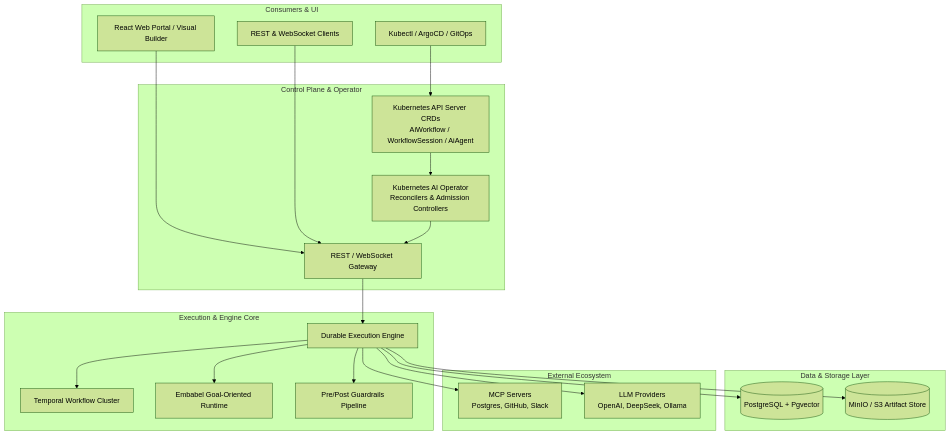
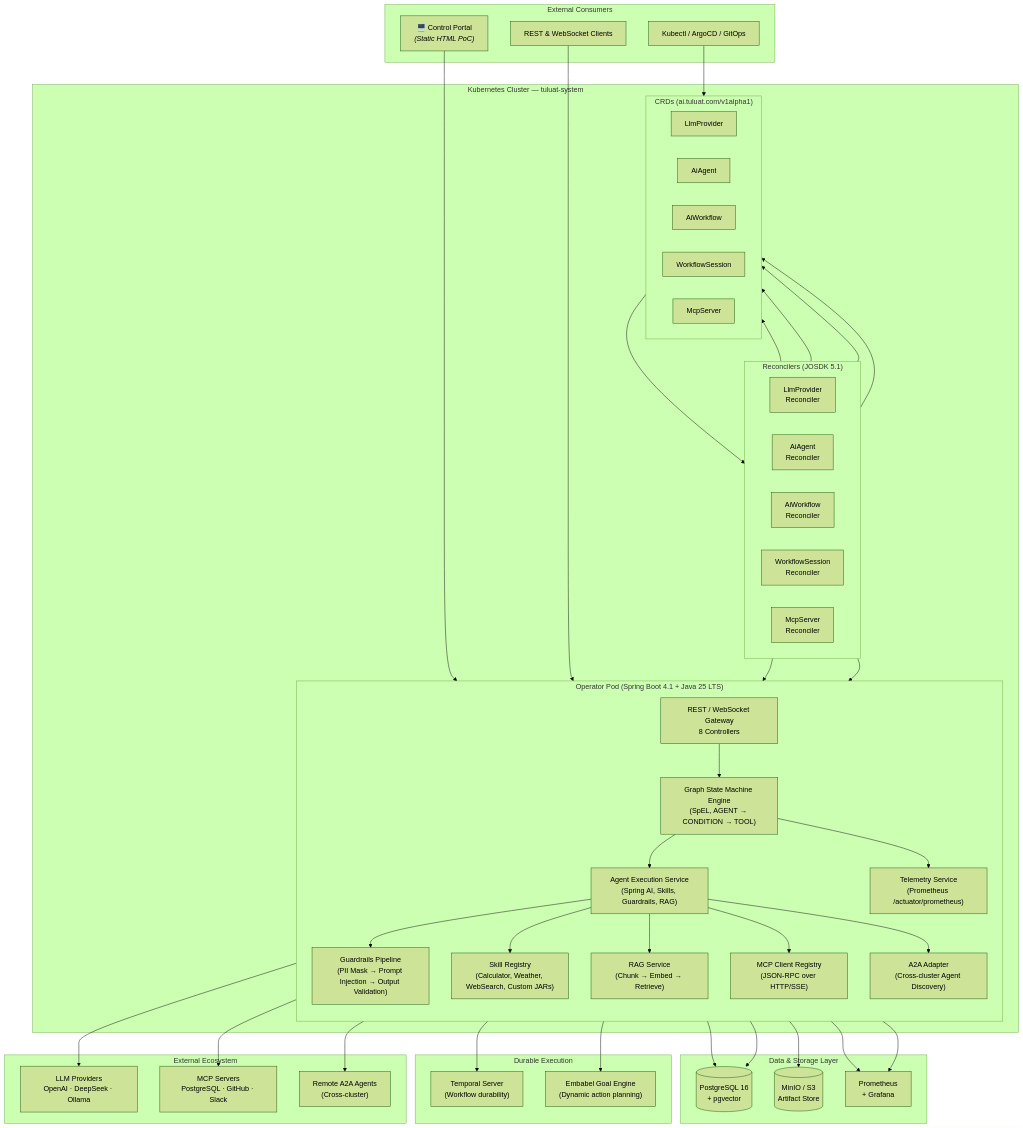
Before and after one commit to netologist/tuluat: the first of 2 diagrams in docs/architecture/high-level-architecture.md, drawn with Mermaid (forest theme). The commit also changed other lines of this file and 33 other files, not shown here.

First line of the commit message:
feat: complete unit tests, RAG integration, Helm chart, and CI deployment

````diff
--- a/docs/architecture/high-level-architecture.md
+++ b/docs/architecture/high-level-architecture.md
@@ -11,45 +11,100 @@
 ```mermaid
 graph TB
-    subgraph Consumers & UI
-        WebPortal[React Web Portal / Visual Builder]
-        APIClient[REST & WebSocket Clients]
-        K8sGitOps[Kubectl / ArgoCD / GitOps]
+    subgraph "External Consumers"
+        WebPortal["🖥️ Control Portal<br/><i>(Static HTML PoC)</i>"]
+        APIClient["REST & WebSocket Clients"]
+        K8sGitOps["Kubectl / ArgoCD / GitOps"]
     end
 
-    subgraph Control Plane & Operator
-        CRDs[Kubernetes API Server CRDs<br/>AiWorkflow / WorkflowSession / AiAgent]
-        Operator[Kubernetes AI Operator<br/>Reconcilers & Admission Controllers]
-        API[REST / WebSocket Gateway]
+    subgraph "Kubernetes Cluster — tuluat-system"
+        subgraph "Operator Pod (Spring Boot 4.1 + Java 25 LTS)"
+            direction TB
+            API["REST / WebSocket Gateway<br/>8 Controllers"]
+            Engine["Graph State Machine Engine<br/>(SpEL, AGENT → CONDITION → TOOL)"]
+            AgentExec["Agent Execution Service<br/>(Spring AI, Skills, Guardrails, RAG)"]
+            Guardrails["Guardrails Pipeline<br/>(PII Mask → Prompt Injection → Output Validation)"]
+            RagService["RAG Service<br/>(Chunk → Embed → Retrieve)"]
+            SkillRegistry["Skill Registry<br/>(Calculator, Weather, WebSearch, Custom JARs)"]
+            Telemetry["Telemetry Service<br/>(Prometheus /actuator/prometheus)"]
+            MCPRegistry["MCP Client Registry<br/>(JSON-RPC over HTTP/SSE)"]
+            A2AAdapter["A2A Adapter<br/>(Cross-cluster Agent Discovery)"]
+        end
+
+        subgraph "Reconcilers (JOSDK 5.1)"
+            direction LR
+            RecLP["LlmProvider<br/>Reconciler"]
+            RecAgent["AiAgent<br/>Reconciler"]
+            RecWF["AiWorkflow<br/>Reconciler"]
+            RecSess["WorkflowSession<br/>Reconciler"]
+            RecMCP["McpServer<br/>Reconciler"]
+        end
+
+        subgraph "CRDs (ai.tuluat.com/v1alpha1)"
+            direction LR
+            CRD_LP["LlmProvider"]
+            CRD_Agent["AiAgent"]
+            CRD_WF["AiWorkflow"]
+            CRD_Sess["WorkflowSession"]
+            CRD_MCP["McpServer"]
+        end
     end
 
-    subgraph Execution & Engine Core
-        Temporal[Temporal Workflow Cluster]
-        Engine[Durable Execution Engine]
-        Embabel[Embabel Goal-Oriented Runtime]
-        Guardrails[Pre/Post Guardrails Pipeline]
+    subgraph "Data & Storage Layer"
+        Postgres[("PostgreSQL 16<br/>+ pgvector")]
+        MinIO[("MinIO / S3<br/>Artifact Store")]
+        Prometheus["Prometheus<br/>+ Grafana"]
     end
 
-    subgraph Data & Storage Layer
-        Postgres[(PostgreSQL + Pgvector)]
-        MinIO[(MinIO / S3 Artifact Store)]
+    subgraph "Durable Execution"
+        Temporal["Temporal Server<br/>(Workflow durability)"]
+        Embabel["Embabel Goal Engine<br/>(Dynamic action planning)"]
     end
 
-    subgraph External Ecosystem
-        MCP[MCP Servers<br/>Postgres, GitHub, Slack]
-        LLMs[LLM Providers<br/>OpenAI, DeepSeek, Ollama]
+    subgraph "External Ecosystem"
+        LLMs["LLM Providers<br/>OpenAI · DeepSeek · Ollama"]
+        MCPServers["MCP Servers<br/>PostgreSQL · GitHub · Slack"]
+        RemoteAgents["Remote A2A Agents<br/>(Cross-cluster)"]
     end
 
+    %% Trigger paths
     WebPortal --> API
     APIClient --> API
-    K8sGitOps --> CRDs
-    CRDs --> Operator
-    Operator --> API
+    K8sGitOps --> CRD_Sess
+    CRD_Sess --> RecSess
+
+    %% Reconciler → Engine
+    RecSess --> Engine
     API --> Engine
-    Engine --> Temporal
-    Engine --> Embabel
-    Engine --> Guardrails
+
+    %% Engine internals
+    Engine --> AgentExec
+    Engine --> Telemetry
+    AgentExec --> Guardrails
+    AgentExec --> SkillRegistry
+    AgentExec --> RagService
+    AgentExec --> MCPRegistry
+    AgentExec --> A2AAdapter
+
+    %% CRD management
+    RecLP --> CRD_LP
+    RecAgent --> CRD_Agent
+    RecWF --> CRD_WF
+    RecMCP --> CRD_MCP
+    RecMCP --> MCPRegistry
+
+    %% Execution backends
+    AgentExec --> Temporal
+    AgentExec --> Embabel
     Engine --> Postgres
-    Engine --> MinIO
-    Engine --> MCP
-    Engine --> LLMs
+    RagService --> Postgres
+    RagService --> MinIO
+
+    %% External calls
+    AgentExec --> LLMs
+    MCPRegistry --> MCPServers
+    A2AAdapter --> RemoteAgents
+
+    %% Telemetry
+    API --> Prometheus
+    Telemetry --> Prometheus
 ```
````
